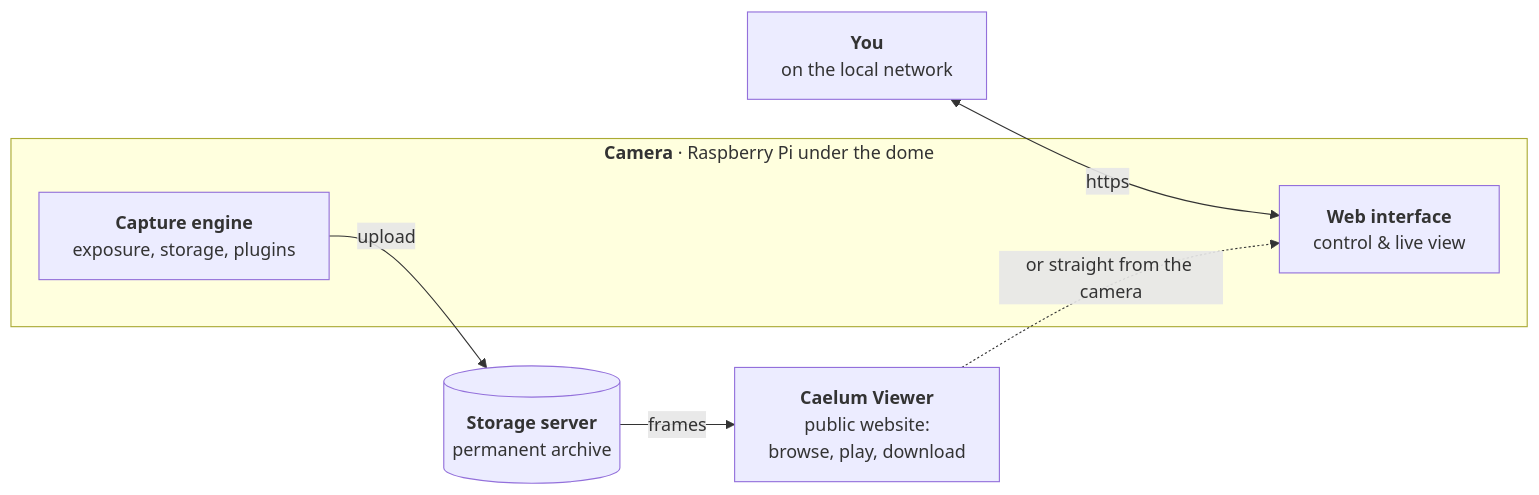
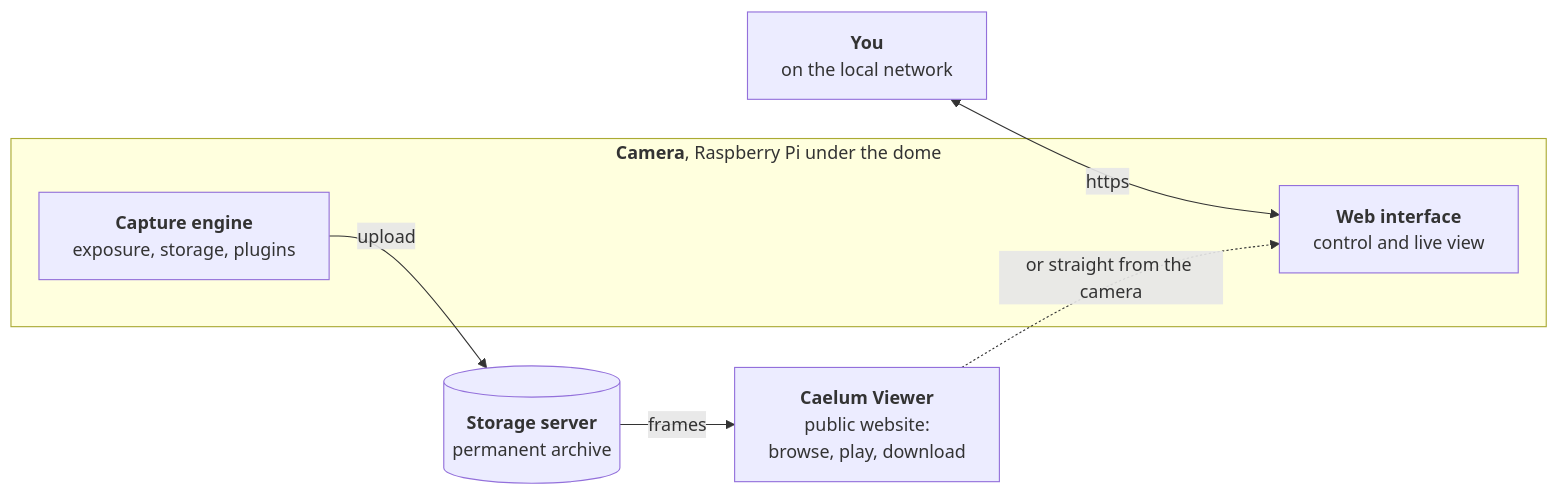
One commit to roman-dvorak/caelum changed the diagram in docs/_diagrams/system-overview.md. Above: the diagram before and after it, drawn with Mermaid. The commit also changed 9 other files, not shown here.

Commit message:
Docs: AMASC01 page with product and documentation buttons, Features, eclipse and aurora videos; link to AMASC01 in Getting started; ASCII-only diagrams

````diff
--- a/docs/_diagrams/system-overview.md
+++ b/docs/_diagrams/system-overview.md
@@ -1,17 +1,17 @@
 ```mermaid
 flowchart LR
   you["<b>You</b><br/>on the local network"]
-  subgraph cam["<b>Camera</b> · Raspberry Pi under the dome"]
-    ui["<b>Web interface</b><br/>control & live view"]
+  subgraph cam["<b>Camera</b>, Raspberry Pi under the dome"]
+    ui["<b>Web interface</b><br/>control and live view"]
     eng["<b>Capture engine</b><br/>exposure, storage, plugins"]
   end
   srv[("<b>Storage server</b><br/>permanent archive")]
   viewer["<b>Caelum Viewer</b><br/>public website:<br/>browse, play, download"]
 
   you <-- https --> ui
   eng -- upload --> srv
   srv -- frames --> viewer
   viewer -. "or straight from the camera" .-> ui
 
   class eng,viewer accent
 ```
````
